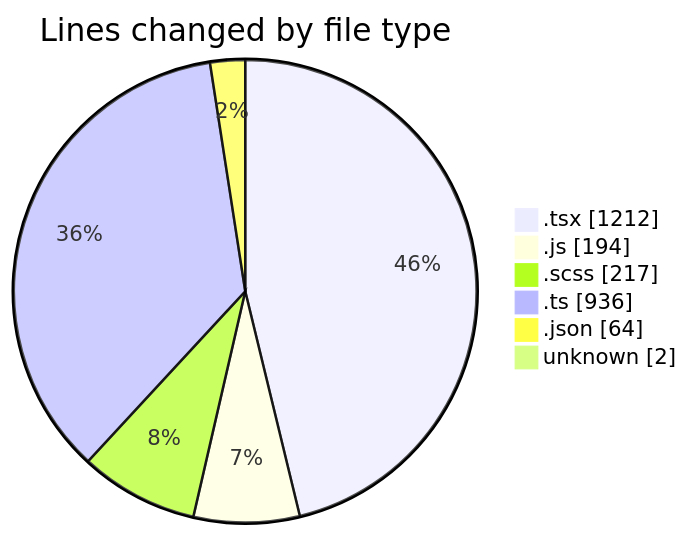
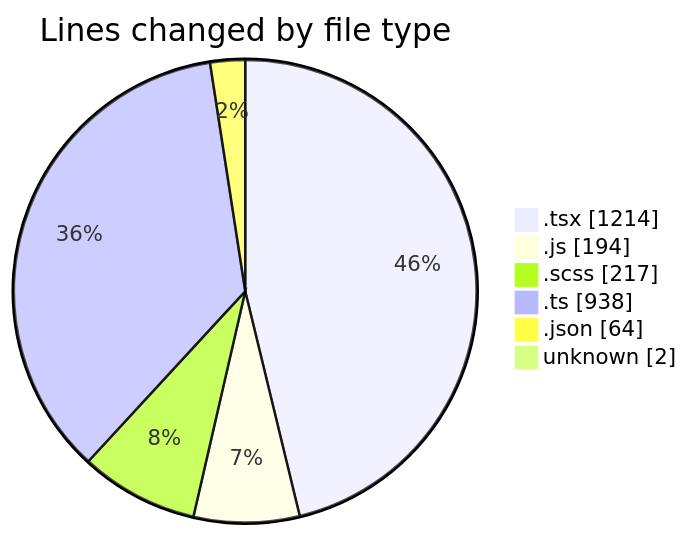
One commit to momahboobian/code-tracking changed the first of 2 diagrams in 2026-08-25/cda/README.md. Above: the diagram before and after it, drawn with Mermaid. The commit also changed other lines of this file and 1 other file, not shown here.

````diff
--- a/2026-08-25/cda/README.md
+++ b/2026-08-25/cda/README.md
@@ -48,10 +48,10 @@
 ```mermaid
 pie showData
 title Lines changed by file type
-".tsx" : 1212
+".tsx" : 1214
 ".js" : 194
 ".scss" : 217
-".ts" : 936
+".ts" : 938
 ".json" : 64
 "unknown" : 2
 ```
````
